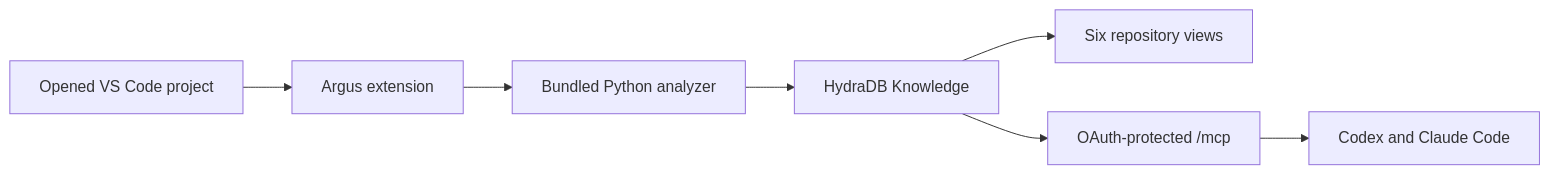
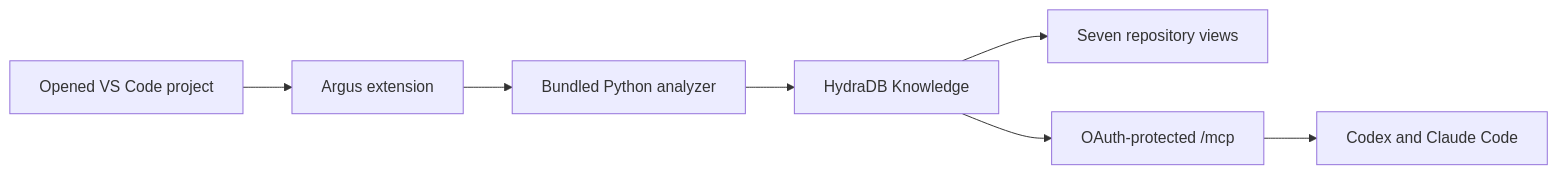
One commit to RETR0-OS/RepoMapper changed the diagram in README.md. Above: the diagram before and after it, drawn with Mermaid. The commit also changed other lines of this file and 17 other files, not shown here.

````diff
--- a/README.md
+++ b/README.md
@@ -32,9 +32,9 @@
 ```mermaid
 flowchart LR
     Project["Opened VS Code project"] --> Extension["Argus extension"]
     Extension --> Analyzer["Bundled Python analyzer"]
     Analyzer --> HydraDB["HydraDB Knowledge"]
-    HydraDB --> Views["Six repository views"]
+    HydraDB --> Views["Seven repository views"]
     HydraDB --> MCP["OAuth-protected /mcp"]
     MCP --> Agents["Codex and Claude Code"]
 ```
````
